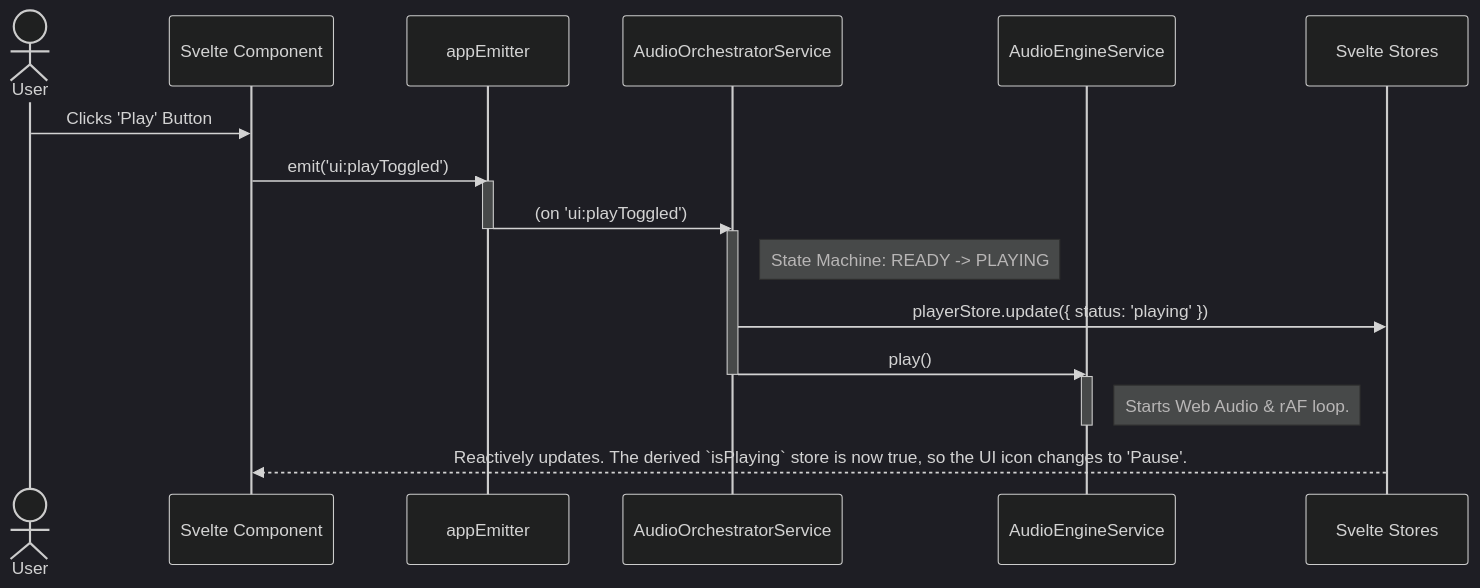
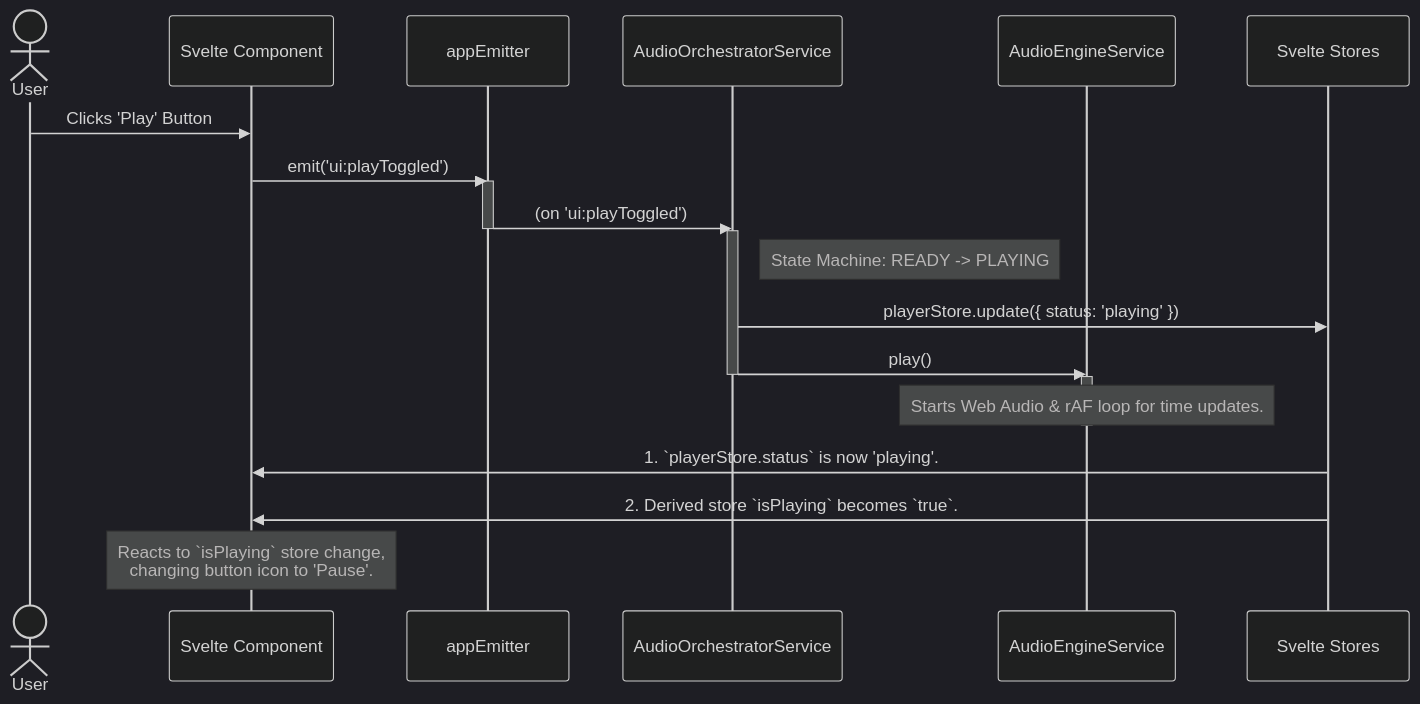
The diagram in vibe-player-v3/docs/refactor-plan/diagrams/play-pause-flow.mermaid (averykhoo/vibe-player-v3), drawn with Mermaid (dark theme) before and after one commit.

```diff
--- a/vibe-player-v3/docs/refactor-plan/diagrams/play-pause-flow.mermaid
+++ b/vibe-player-v3/docs/refactor-plan/diagrams/play-pause-flow.mermaid
@@ -1,26 +1,31 @@
+%% vibe-player-v3/docs/refactor-plan/diagrams/play-pause-flow.mermaid
+%% Detailed event flow for a play/pause command, showing the full unidirectional data loop.
+
 sequenceDiagram
     actor User
     participant UI as Svelte Component
     participant Emitter as appEmitter
     participant Orchestrator as AudioOrchestratorService
     participant Engine as AudioEngineService
     participant Store as Svelte Stores
 
     User->>UI: Clicks 'Play' Button
     UI->>Emitter: emit('ui:playToggled')
 
     activate Emitter
     Emitter->>Orchestrator: (on 'ui:playToggled')
     deactivate Emitter
 
     activate Orchestrator
-    note right of Orchestrator: State Machine: READY -> PLAYING
+    Note right of Orchestrator: State Machine: READY -> PLAYING
     Orchestrator->>Store: playerStore.update({ status: 'playing' })
     Orchestrator->>Engine: play()
     deactivate Orchestrator
 
     activate Engine
-    note right of Engine: Starts Web Audio & rAF loop.
+    Note over Engine: Starts Web Audio & rAF loop for time updates.
     deactivate Engine
 
-    Store-->>UI: Reactively updates. The derived `isPlaying` store is now true, so the UI icon changes to 'Pause'.
+    Store->>UI: 1. `playerStore.status` is now 'playing'.
+    Store->>UI: 2. Derived store `isPlaying` becomes `true`.
+    Note over UI: Reacts to `isPlaying` store change,<br/>changing button icon to 'Pause'.
```
